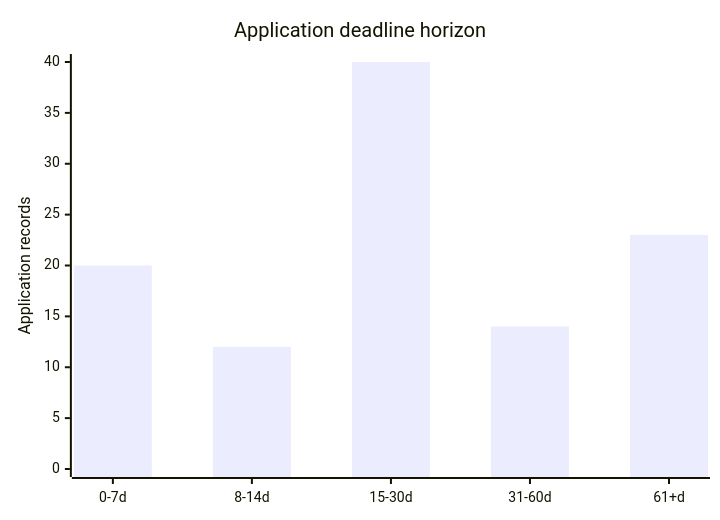
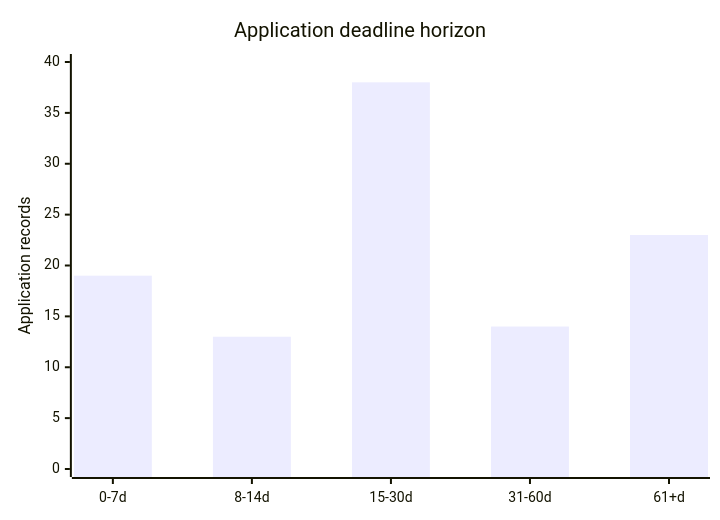
One commit to Armanasq/phd_tracker changed the diagram in docs/diagrams/deadline_xy.mmd. Above: the diagram before and after it, drawn with Mermaid. The commit also changed 40 other files, not shown here.

```diff
--- a/docs/diagrams/deadline_xy.mmd
+++ b/docs/diagrams/deadline_xy.mmd
@@ -1,5 +1,5 @@
 xychart-beta
     title "Application deadline horizon"
     x-axis ["0-7d", "8-14d", "15-30d", "31-60d", "61+d"]
     y-axis "Application records" 0 --> 40
-    bar [20, 12, 40, 14, 23]
+    bar [19, 13, 38, 14, 23]
```
